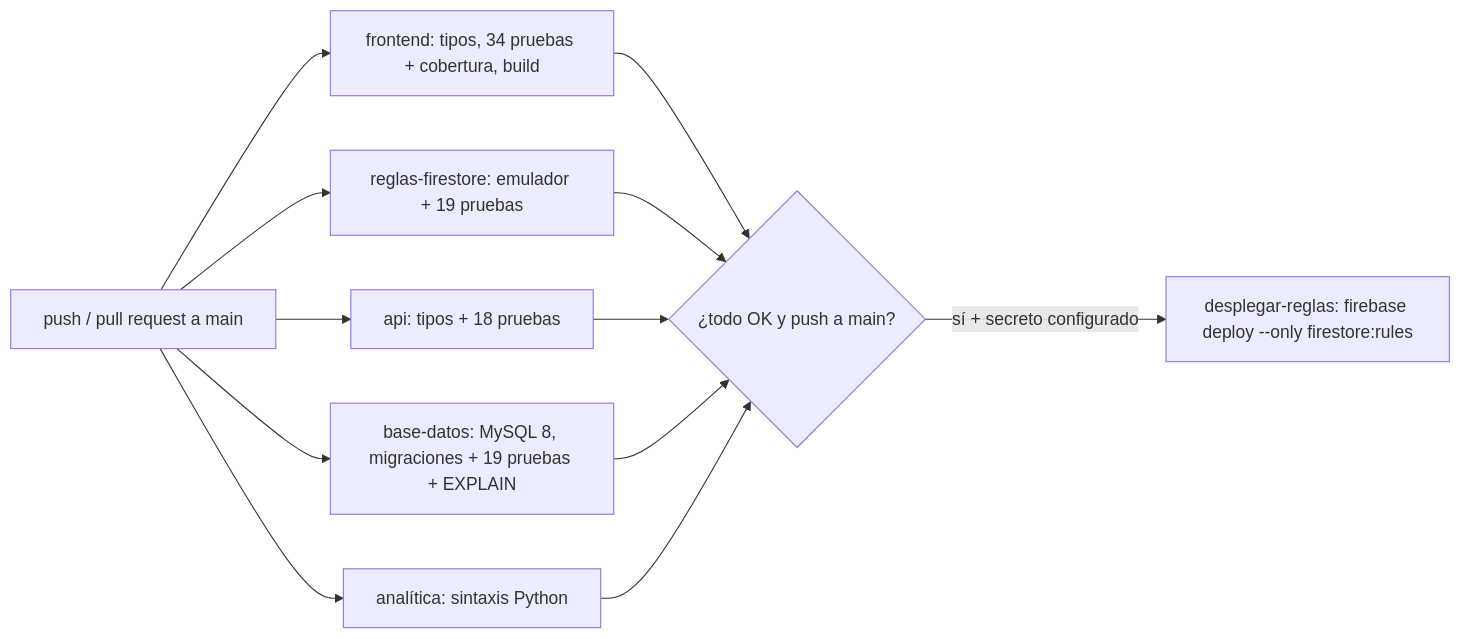
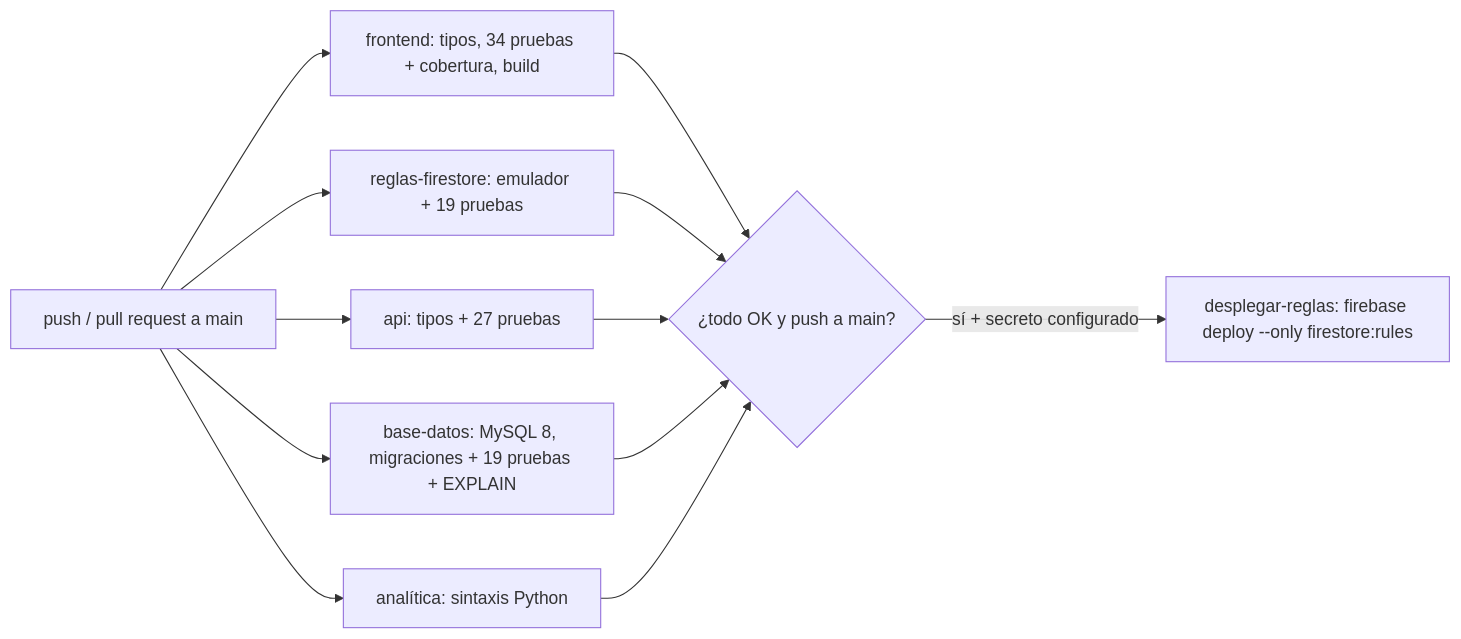
The diagram in docs/e4-calidad-operacion-ce024.md (yucradavid/Perfil-de-egreso-Plataforma-Web-Integral-CERMAT), drawn with Mermaid before and after one commit. The commit also changed other lines of this file and 53 other files, not shown here.

````diff
--- a/docs/e4-calidad-operacion-ce024.md
+++ b/docs/e4-calidad-operacion-ce024.md
@@ -132,14 +134,14 @@
 ```mermaid
 flowchart LR
   P["push / pull request a main"] --> F["frontend: tipos, 34 pruebas + cobertura, build"]
   P --> R["reglas-firestore: emulador + 19 pruebas"]
-  P --> A["api: tipos + 18 pruebas"]
+  P --> A["api: tipos + 27 pruebas"]
   P --> B["base-datos: MySQL 8, migraciones + 19 pruebas + EXPLAIN"]
   P --> Y["analítica: sintaxis Python"]
   F --> D{"¿todo OK y push a main?"}
   R --> D
   A --> D
   B --> D
   Y --> D
   D -->|"sí + secreto configurado"| G["desplegar-reglas: firebase deploy --only firestore:rules"]
 ```
````
